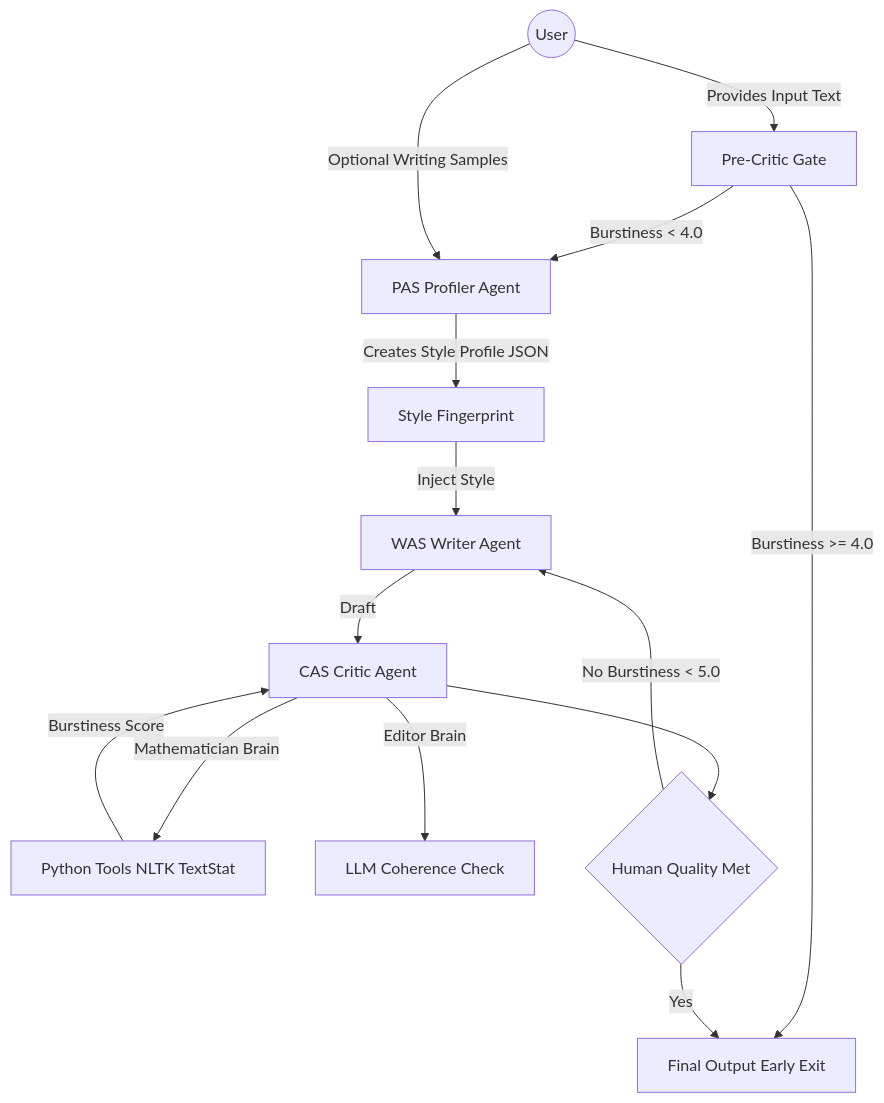
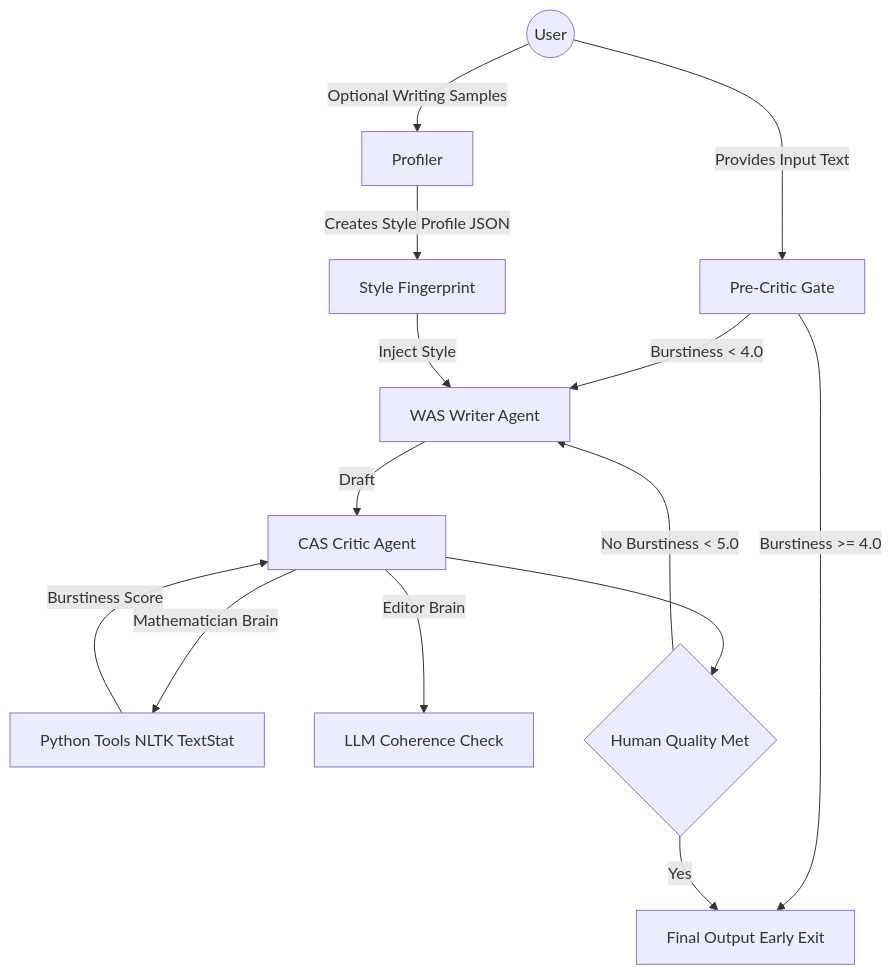
One commit to ShaikNelofer2004/HumanInk changed the diagram in README.md. Above: the diagram before and after it, drawn with Mermaid.

````diff
--- a/README.md
+++ b/README.md
@@ -37,28 +37,28 @@
 ```mermaid
 graph TD
 
     User((User)) -->|Provides Input Text| PreCritic[Pre-Critic Gate]
 
     PreCritic -->|Burstiness >= 4.0| Output[Final Output Early Exit]
-    PreCritic -->|Burstiness < 4.0| Profiler[PAS Profiler Agent]
+    PreCritic -->|Burstiness < 4.0| Writer[WAS Writer Agent]
 
     User -->|Optional Writing Samples| Profiler
 
     Profiler -->|Creates Style Profile JSON| Style[Style Fingerprint]
 
     Style -->|Inject Style| Writer[WAS Writer Agent]
 
     Writer -->|Draft| Critic[CAS Critic Agent]
 
     Critic -->|Mathematician Brain| Tools[Python Tools NLTK TextStat]
     Tools -->|Burstiness Score| Critic
 
     Critic -->|Editor Brain| SemanticCheck[LLM Coherence Check]
 
     Critic --> Decision{Human Quality Met}
 
     Decision -->|No Burstiness < 5.0| Writer
     Decision -->|Yes| Output
 
 
 ```
````
